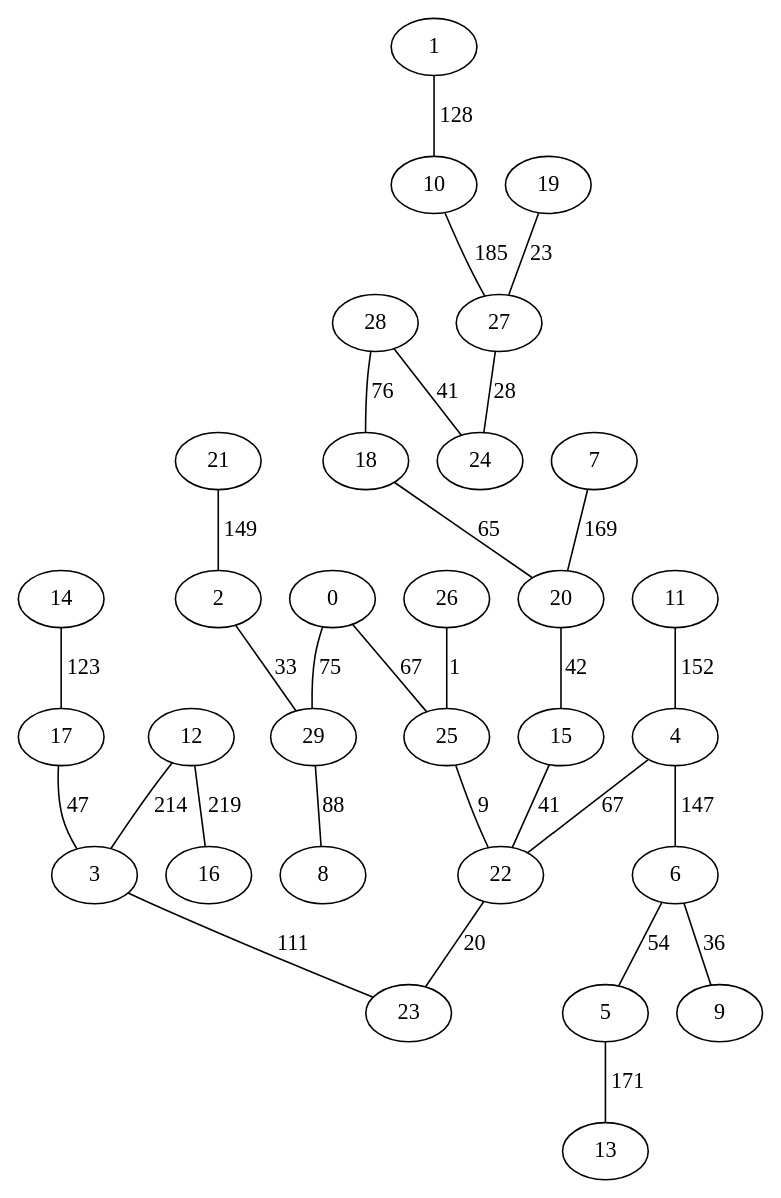
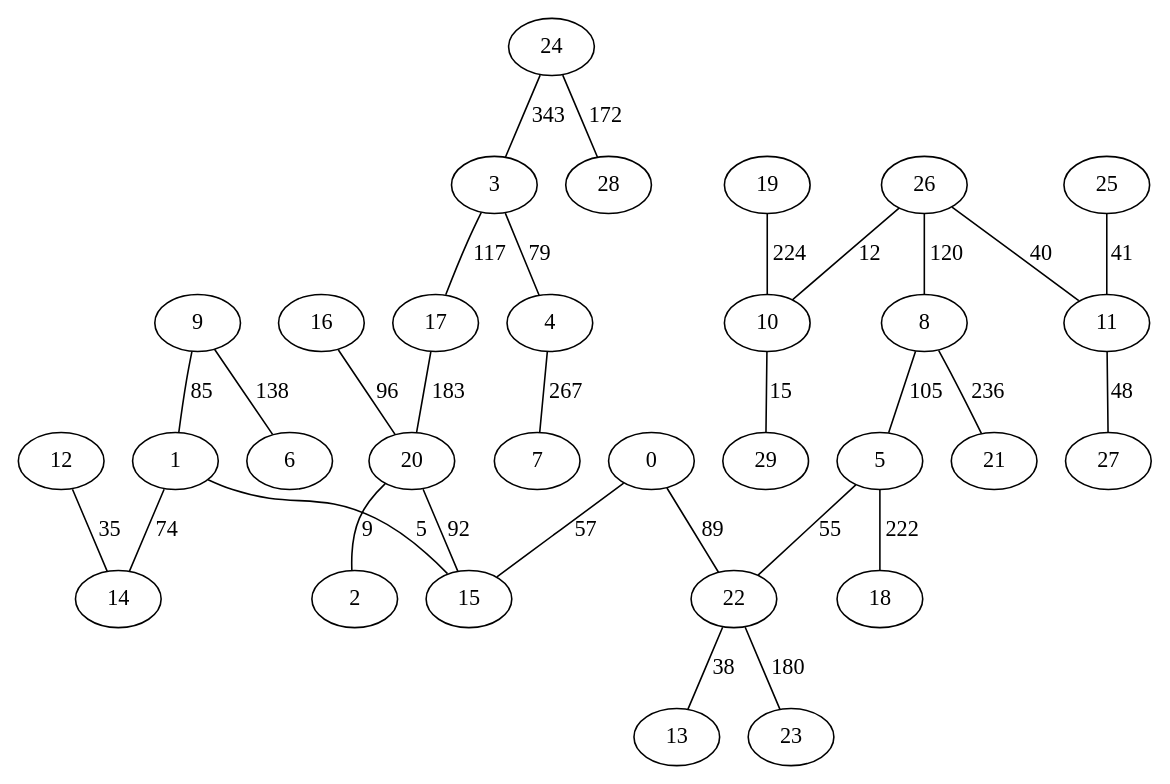
Before and after one commit to IngYordiDelgado/Proyecto_Grafos_DAA_4: the diagram in Archivos gv/Erdos/grafo_erdos_30_200_KruskalI.gv, drawn with Graphviz. The commit also changed 7 other files, not shown here.

```diff
--- a/Archivos gv/Erdos/grafo_erdos_30_200_KruskalI.gv
+++ b/Archivos gv/Erdos/grafo_erdos_30_200_KruskalI.gv
@@ -1,61 +1,61 @@
 strict graph G {
 0;
 1;
 2;
 3;
 4;
 5;
 6;
 7;
 8;
 9;
 10;
 11;
 12;
 13;
 14;
 15;
 16;
 17;
 18;
 19;
 20;
 21;
 22;
 23;
 24;
 25;
 26;
 27;
 28;
 29;
-19 -- 27  [label=23];
-25 -- 22  [label=9];
-18 -- 20  [label=65];
-20 -- 15  [label=42];
-12 -- 3  [label=214];
-1 -- 10  [label=128];
-28 -- 18  [label=76];
-28 -- 24  [label=41];
-29 -- 8  [label=88];
-26 -- 25  [label=1];
-4 -- 6  [label=147];
-6 -- 9  [label=36];
-17 -- 3  [label=47];
-12 -- 16  [label=219];
-22 -- 23  [label=20];
-15 -- 22  [label=41];
-0 -- 25  [label=67];
-14 -- 17  [label=123];
-6 -- 5  [label=54];
-10 -- 27  [label=185];
-11 -- 4  [label=152];
-3 -- 23  [label=111];
-2 -- 29  [label=33];
-0 -- 29  [label=75];
-5 -- 13  [label=171];
-27 -- 24  [label=28];
-21 -- 2  [label=149];
-4 -- 22  [label=67];
-7 -- 20  [label=169];
+8 -- 21  [label=236];
+5 -- 18  [label=222];
+9 -- 6  [label=138];
+26 -- 10  [label=12];
+11 -- 27  [label=48];
+20 -- 15  [label=92];
+5 -- 22  [label=55];
+26 -- 11  [label=40];
+10 -- 29  [label=15];
+25 -- 11  [label=41];
+1 -- 14  [label=74];
+3 -- 4  [label=79];
+9 -- 1  [label=85];
+19 -- 10  [label=224];
+3 -- 17  [label=117];
+16 -- 20  [label=96];
+4 -- 7  [label=267];
+26 -- 8  [label=120];
+20 -- 2  [label=9];
+0 -- 22  [label=89];
+12 -- 14  [label=35];
+24 -- 3  [label=343];
+0 -- 15  [label=57];
+24 -- 28  [label=172];
+17 -- 20  [label=183];
+1 -- 15  [label=5];
+22 -- 13  [label=38];
+8 -- 5  [label=105];
+22 -- 23  [label=180];
 }
```
